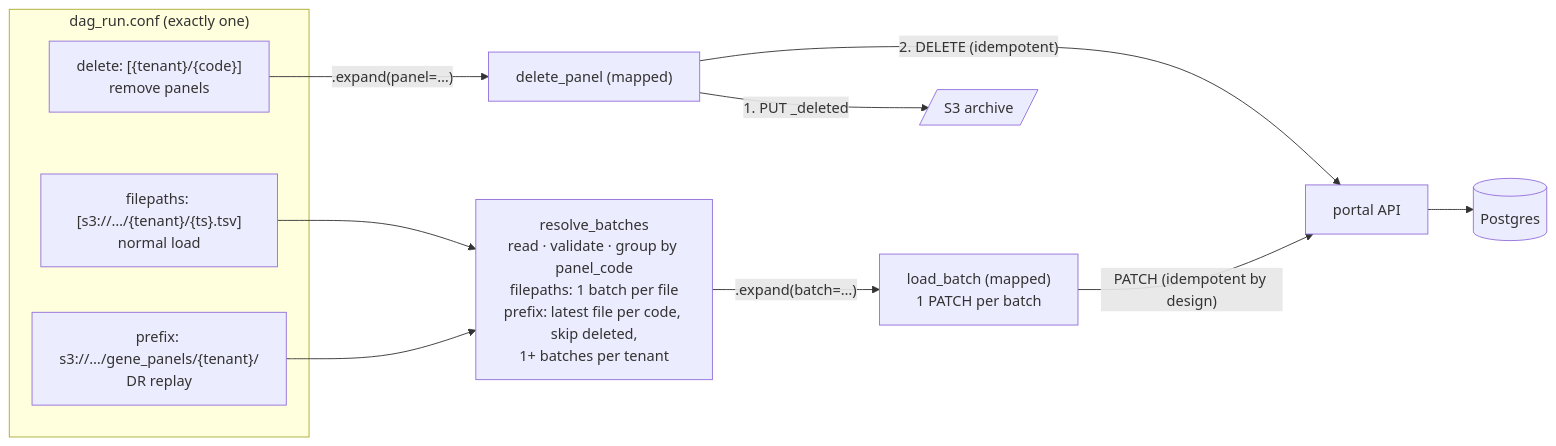
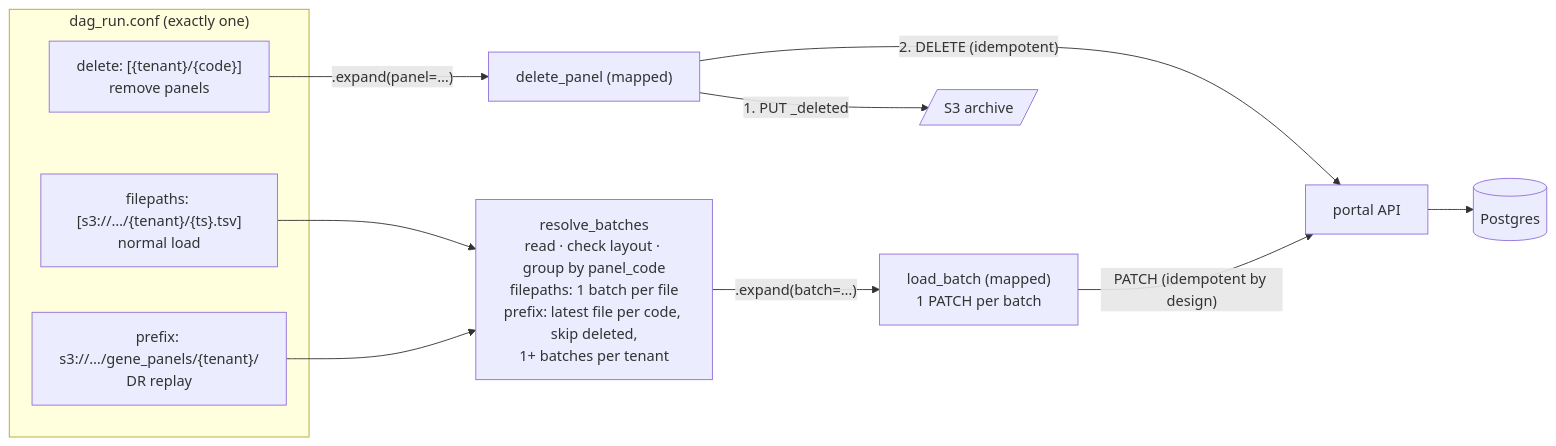
The third of 8 diagrams in docs/features/RAD-10-filtered-variants-by-gene-panels.md (radiant-network/radiant-hub), drawn with Mermaid before and after one commit. The commit also changed other lines of this file, not shown here.

````diff
--- a/docs/features/RAD-10-filtered-variants-by-gene-panels.md
+++ b/docs/features/RAD-10-filtered-variants-by-gene-panels.md
@@ -105,15 +106,15 @@
 ```mermaid
 flowchart LR
   subgraph conf["dag_run.conf (exactly one)"]
     F["filepaths: [s3://…/{tenant}/{ts}.tsv]<br/>normal load"]
     P["prefix: s3://…/gene_panels/{tenant}/<br/>DR replay"]
     D["delete: [{tenant}/{code}]<br/>remove panels"]
   end
   F --> RES
-  P --> RES["resolve_batches<br/>read · validate · group by panel_code<br/>filepaths: 1 batch per file<br/>prefix: latest file per code, skip deleted,<br/>1+ batches per tenant"]
+  P --> RES["resolve_batches<br/>read · check layout · group by panel_code<br/>filepaths: 1 batch per file<br/>prefix: latest file per code, skip deleted,<br/>1+ batches per tenant"]
   RES -->|".expand(batch=…)"| LD["load_batch (mapped)<br/>1 PATCH per batch"]
   D -->|".expand(panel=…)"| DL["delete_panel (mapped)"]
   DL -->|"1. PUT _deleted"| S3[/S3 archive/]
   DL -->|"2. DELETE (idempotent)"| API
   LD -->|"PATCH (idempotent by design)"| API[portal API] --> PG[(Postgres)]
 ```
````
